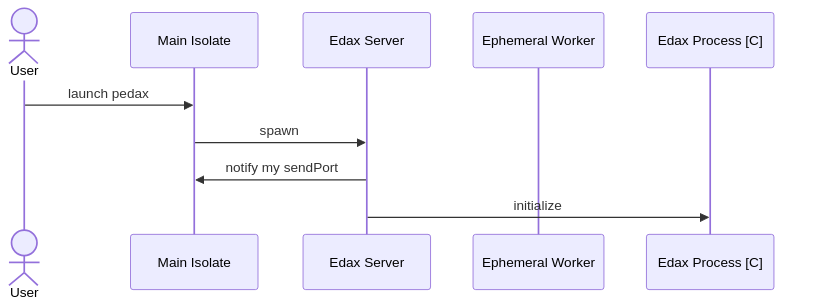
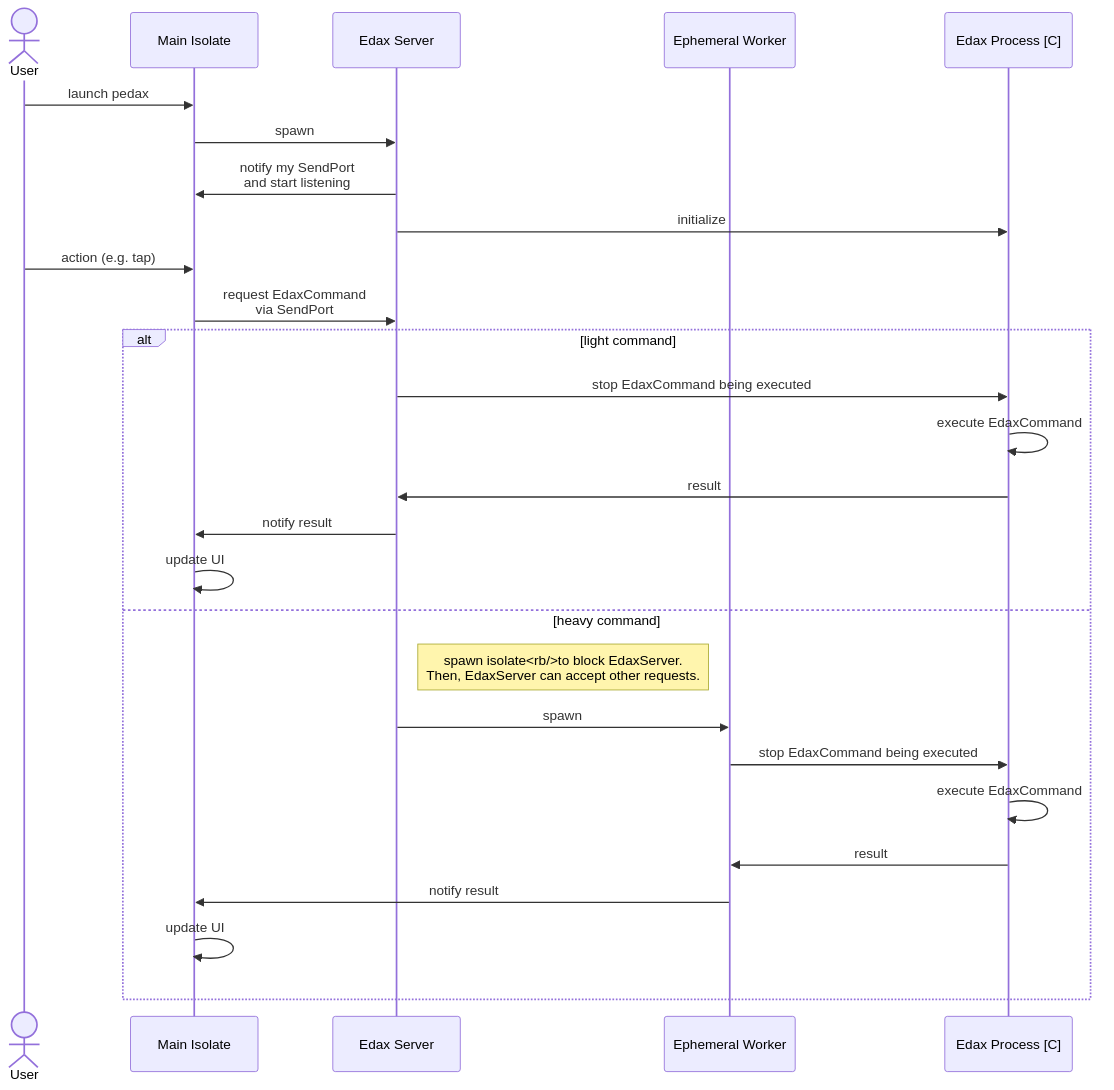
The diagram in README.md (sensuikan1973/pedax), drawn with Mermaid before and after one commit.

````diff
--- a/README.md
+++ b/README.md
@@ -50,22 +50,39 @@
 ```mermaid
 %% https://mermaid-js.github.io/mermaid/#/sequenceDiagram
 sequenceDiagram
   actor User
-
   participant MainIsolate as Main Isolate
   participant EdaxServer as Edax Server
   participant EphemeralWorker as Ephemeral Worker
   participant EdaxProcess as Edax Process [C]
 
   link EdaxServer: source @ https://github.com/sensuikan1973/pedax/tree/main/lib/engine
+  link EdaxServer: caller @ https://github.com/sensuikan1973/pedax/blob/main/lib/models/board_notifier.dart
   link EphemeralWorker: source @ https://github.com/sensuikan1973/pedax/tree/main/lib/engine
   link EdaxProcess: binding source (Dart) @ https://github.com/sensuikan1973/libedax4dart
   link EdaxProcess: origin source(C) @ https://github.com/sensuikan1973/edax-reversi/tree/libedax_sensuikan1973
 
   User ->> MainIsolate: launch pedax
   MainIsolate ->> EdaxServer: spawn
-  EdaxServer ->> MainIsolate: notify my sendPort
+  EdaxServer ->> MainIsolate: notify my SendPort<br/>and start listening
   EdaxServer ->> EdaxProcess: initialize
 
-  %% TODO: write
+  User ->> MainIsolate: action (e.g. tap)
+  MainIsolate ->> EdaxServer: request EdaxCommand<br/>via SendPort
+
+  alt light command
+    EdaxServer ->> EdaxProcess: stop EdaxCommand being executed
+    EdaxProcess ->> EdaxProcess: execute EdaxCommand
+    EdaxProcess ->> EdaxServer: result
+    EdaxServer ->> MainIsolate: notify result
+    MainIsolate ->> MainIsolate: update UI
+  else heavy command
+    note right of EdaxServer: spawn isolate<rb/>to block EdaxServer.<br>Then, EdaxServer can accept other requests.
+    EdaxServer ->> EphemeralWorker: spawn
+    EphemeralWorker ->> EdaxProcess: stop EdaxCommand being executed
+    EdaxProcess ->> EdaxProcess: execute EdaxCommand
+    EdaxProcess ->> EphemeralWorker: result
+    EphemeralWorker ->> MainIsolate: notify result
+    MainIsolate ->> MainIsolate: update UI
+  end
 ```
````
